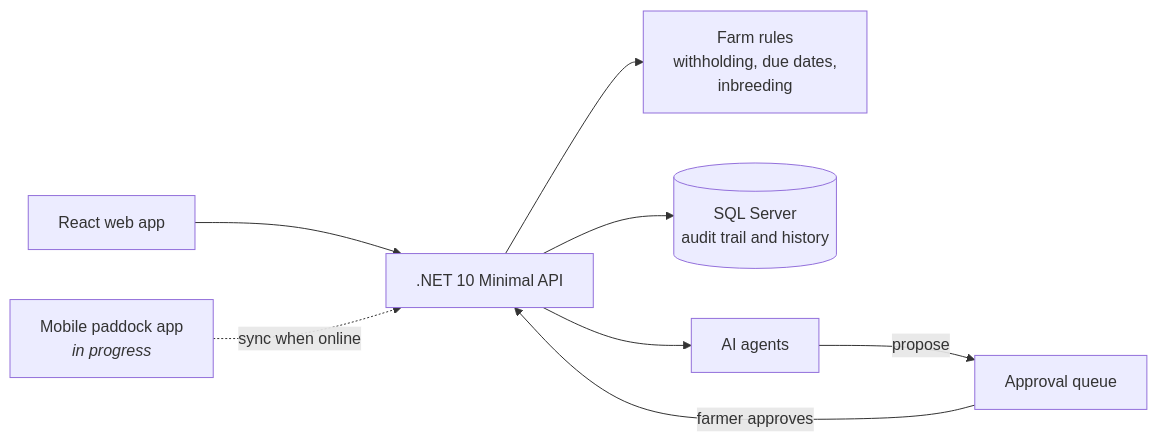
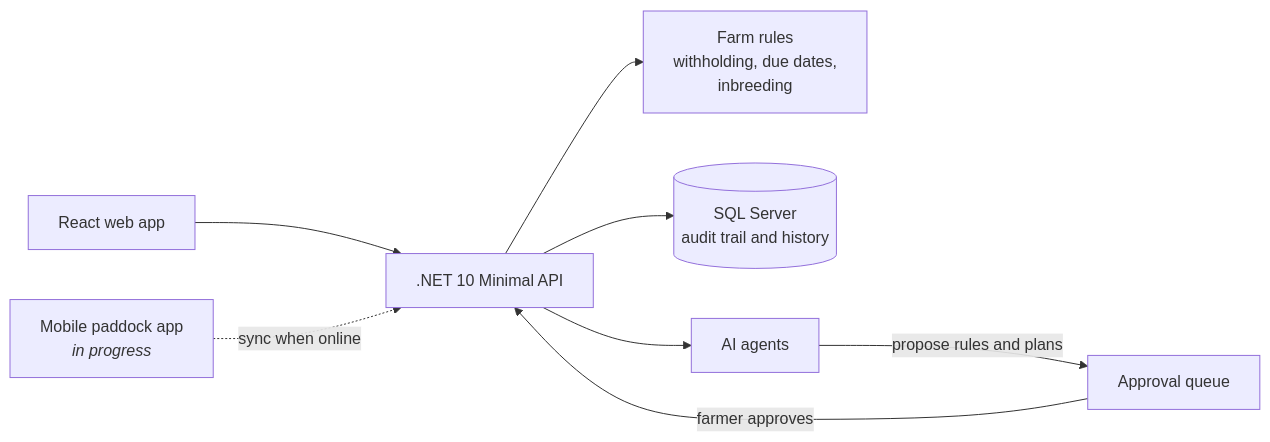
The diagram in README.md (mercia-coder/paddock-pal-readonly), drawn with Mermaid before and after one commit. The commit also changed other lines of this file, not shown here.

````diff
--- a/README.md
+++ b/README.md
@@ -33,10 +33,10 @@
 ```mermaid
 flowchart LR
     W[React web app] --> API[.NET 10 Minimal API]
     M[Mobile paddock app<br/><i>in progress</i>] -. sync when online .-> API
     API --> R[Farm rules<br/>withholding, due dates,<br/>inbreeding]
     API --> DB[(SQL Server<br/>audit trail and history)]
     API --> AG[AI agents]
-    AG -- propose --> Q[Approval queue]
+    AG -- propose rules and plans --> Q[Approval queue]
     Q -- farmer approves --> API
 ```
````
